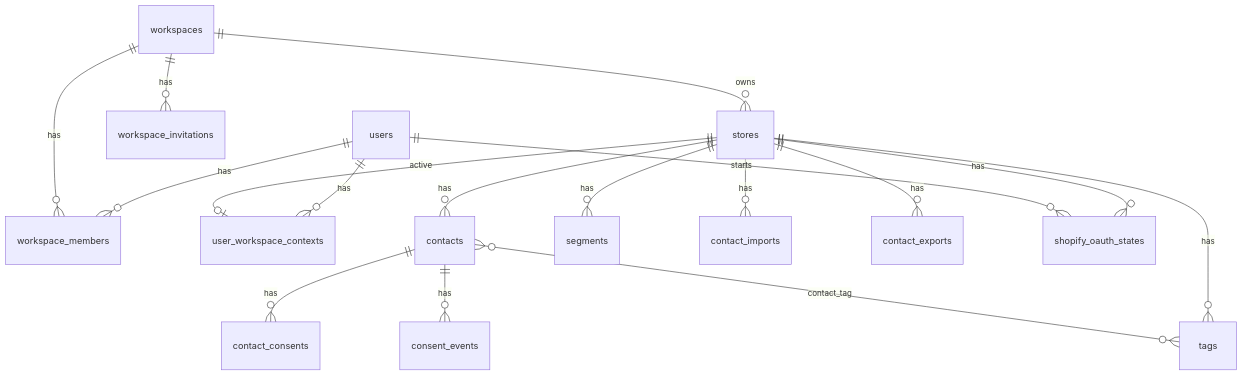
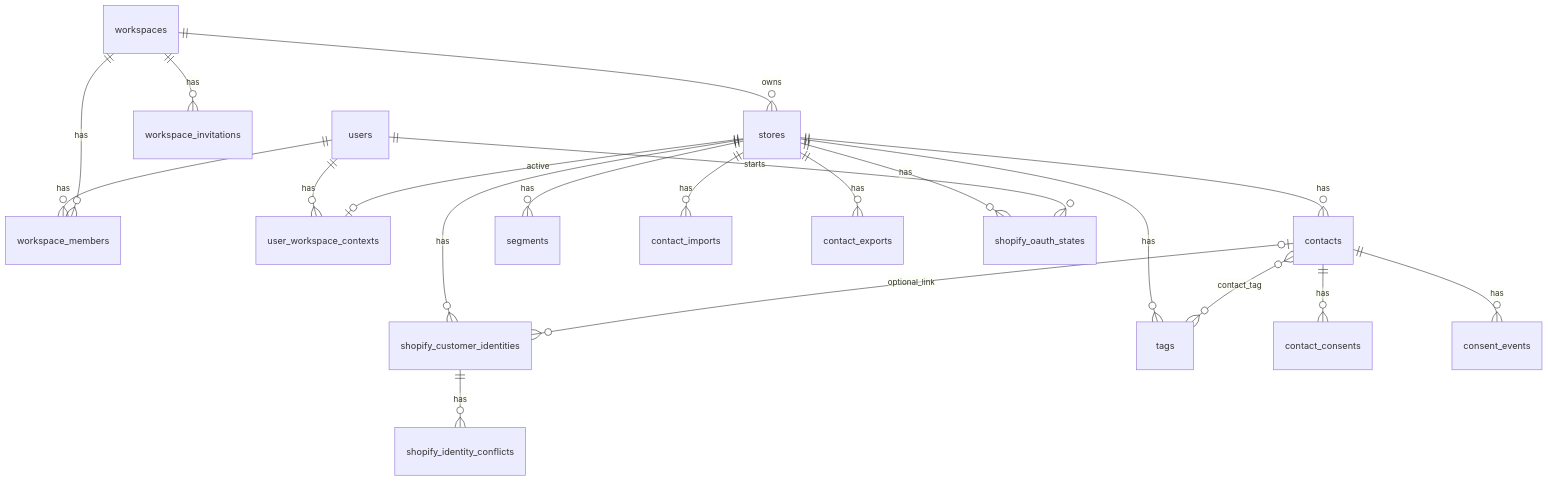
One commit to rehansaeedoveelabs/inboxly-backend changed the diagram in docs/DATABASE.md. Above: the diagram before and after it, drawn with Mermaid. The commit also changed other lines of this file and 70 other files, not shown here.

First line of the commit message:
Add Welcome Automation, store insights, fake SMS send, and Shopify identity schema.

````diff
--- a/docs/DATABASE.md
+++ b/docs/DATABASE.md
@@ -46,19 +49,22 @@
 ```mermaid
 erDiagram
   users ||--o{ workspace_members : has
   workspaces ||--o{ workspace_members : has
   workspaces ||--o{ workspace_invitations : has
   workspaces ||--o{ stores : owns
   users ||--o{ user_workspace_contexts : has
   stores ||--o| user_workspace_contexts : active
   stores ||--o{ contacts : has
+  stores ||--o{ shopify_customer_identities : has
   stores ||--o{ tags : has
   stores ||--o{ segments : has
   stores ||--o{ contact_imports : has
   stores ||--o{ contact_exports : has
   contacts ||--o{ contact_consents : has
   contacts ||--o{ consent_events : has
   contacts }o--o{ tags : contact_tag
+  contacts |o--o{ shopify_customer_identities : optional_link
+  shopify_customer_identities ||--o{ shopify_identity_conflicts : has
   stores ||--o{ shopify_oauth_states : has
   users ||--o{ shopify_oauth_states : starts
 ```
````
